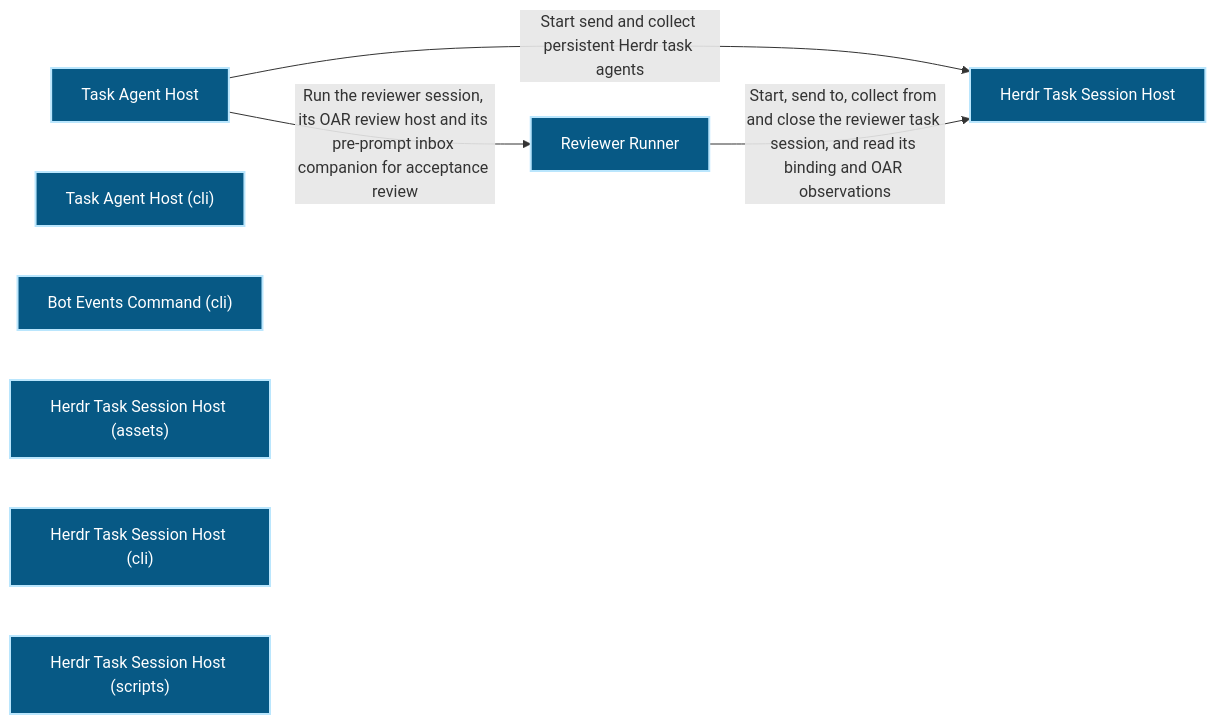
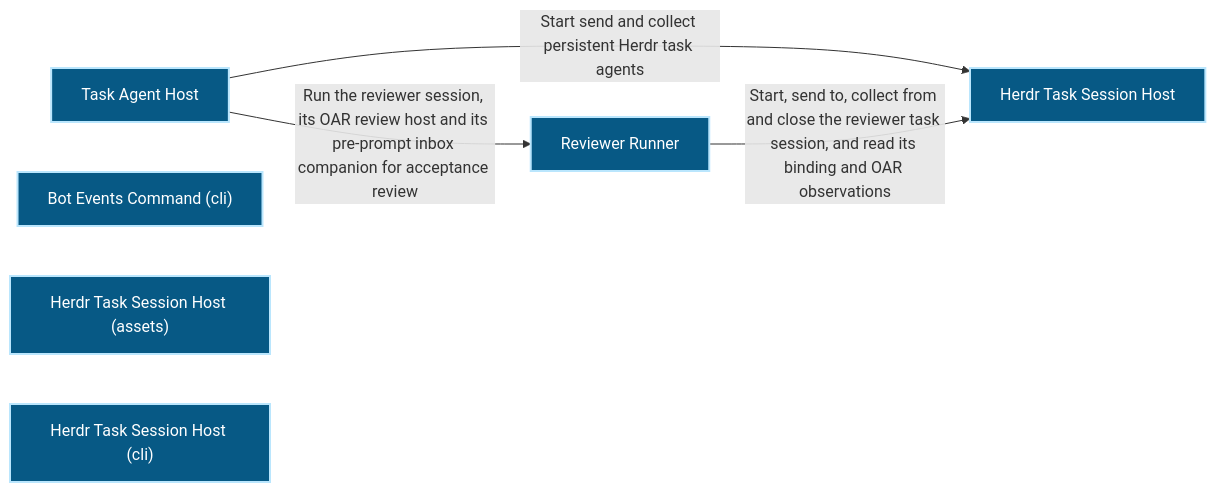
The first of 2 diagrams in docs/architecture/modules/runtime-harness/task-agent-host.md (Ancienttwo/repo-harness), drawn with Mermaid before and after one commit. The commit also changed other lines of this file and 7 other files, not shown here.

First line of the commit message:
chore(projection): refresh generated architecture outputs for main@aa71b3b4eb6c

````diff
--- a/docs/architecture/modules/runtime-harness/task-agent-host.md
+++ b/docs/architecture/modules/runtime-harness/task-agent-host.md
@@ -16,18 +16,16 @@
 ```mermaid
 flowchart LR
   p1_capability_runtime_harness_task_agent_host_d81dadb6["Task Agent Host"]:::component
-  p1_component_task_agent_host_cli_layer_209be438["Task Agent Host (cli)"]:::component
   p1_component_task_agent_host_events_cli_05ad084f["Bot Events Command (cli)"]:::component
   p1_component_task_agent_host_primary_d8453f09["Herdr Task Session Host"]:::component
   p1_component_task_agent_host_primary_assets_5212098e["Herdr Task Session Host (assets)"]:::component
   p1_component_task_agent_host_primary_cli_1076e150["Herdr Task Session Host (cli)"]:::component
-  p1_component_task_agent_host_primary_scripts_e0855c5f["Herdr Task Session Host (scripts)"]:::component
   p1_component_task_agent_host_review_runner_c2379e1e["Reviewer Runner"]:::component
   p1_capability_runtime_harness_task_agent_host_d81dadb6 -->|"Start send and collect persistent Herdr task agents"| p1_component_task_agent_host_primary_d8453f09
   p1_capability_runtime_harness_task_agent_host_d81dadb6 -->|"Run the reviewer session#44; its OAR review host and its pre-prompt inbox companion for acceptance review"| p1_component_task_agent_host_review_runner_c2379e1e
   p1_component_task_agent_host_review_runner_c2379e1e -->|"Start#44; send to#44; collect from and close the reviewer task session#44; and read its binding and OAR observations"| p1_component_task_agent_host_primary_d8453f09
   classDef actor fill:#111827,color:#ffffff,stroke:#f9fafb,stroke-width:2px
   classDef component fill:#075985,color:#ffffff,stroke:#bae6fd,stroke-width:2px
   classDef datastore fill:#3f6212,color:#ffffff,stroke:#d9f99d,stroke-width:2px
   classDef external fill:#7c2d12,color:#ffffff,stroke:#fed7aa,stroke-width:2px
 ```
````
